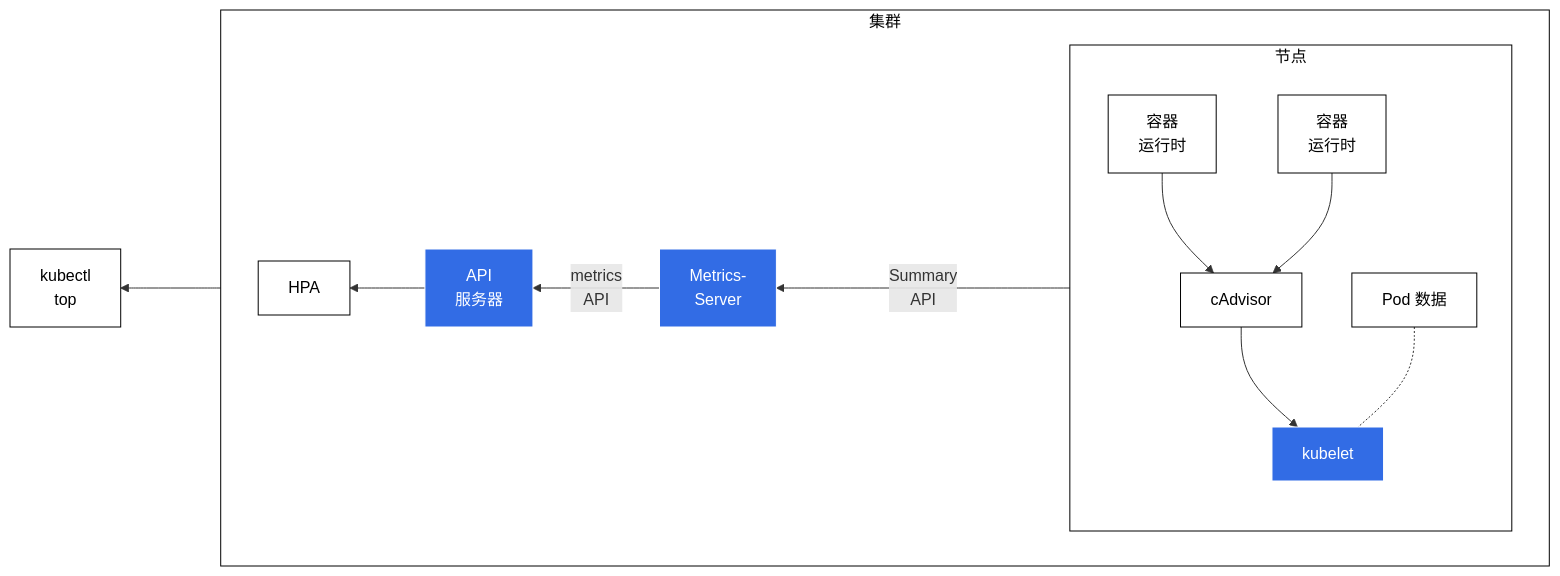
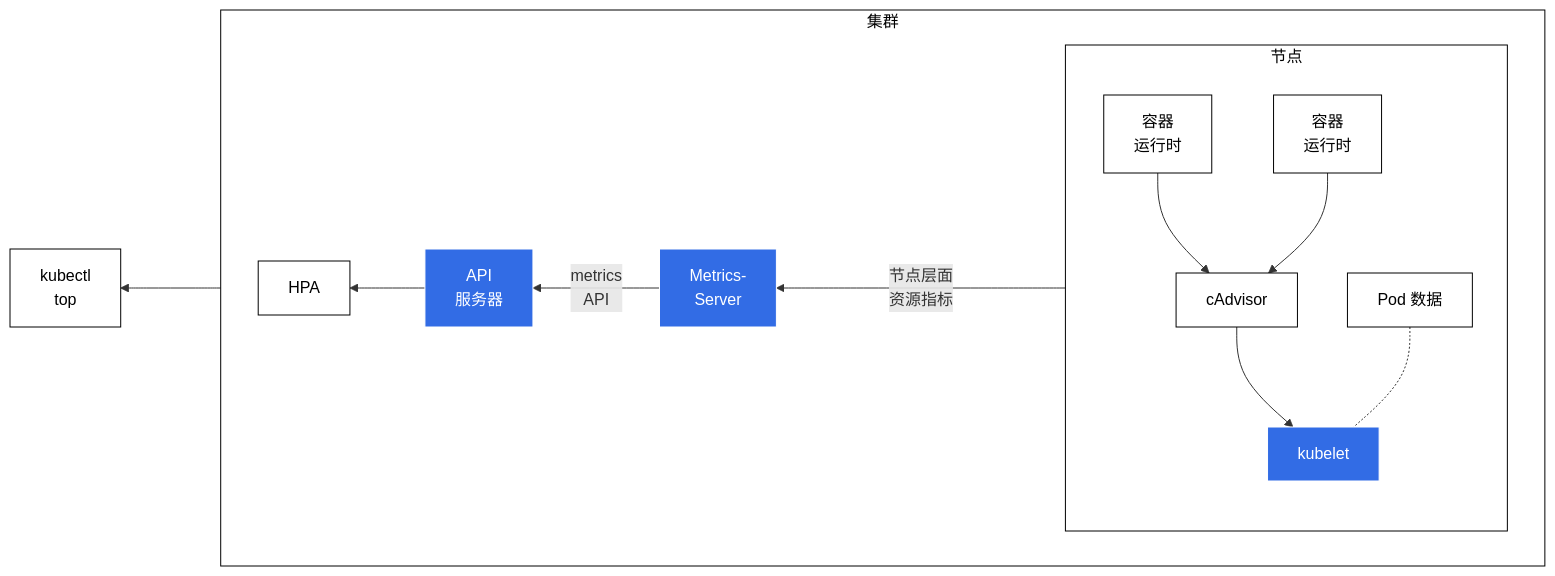
The diagram in content/zh-cn/docs/tasks/debug/debug-cluster/resource-metrics-pipeline.md (KimSJ15/kubernetes_website), drawn with Mermaid before and after one commit. The commit also changed other lines of this file, not shown here.

```diff
--- a/content/zh-cn/docs/tasks/debug/debug-cluster/resource-metrics-pipeline.md
+++ b/content/zh-cn/docs/tasks/debug/debug-cluster/resource-metrics-pipeline.md
@@ -64,25 +64,25 @@
 {{< mermaid >}}
 flowchart RL
 subgraph cluster[集群]
 direction RL
 S[ <br><br> ]
 A[Metrics-<br>Server]
 subgraph B[节点]
 direction TB
 D[cAdvisor] --> C[kubelet]
 E[容器<br>运行时] --> D
 E1[容器<br>运行时] --> D
 P[Pod 数据] -.- C
 end
 L[API<br>服务器]
 W[HPA]
-C ---->|Summary<br>API| A -->|metrics<br>API| L --> W
+C ---->|节点层面<br>资源指标| A -->|metrics<br>API| L --> W
 end
 L ---> K[kubectl<br>top]
 classDef box fill:#fff,stroke:#000,stroke-width:1px,color:#000;
 class W,B,P,K,cluster,D,E,E1 box
 classDef spacewhite fill:#ffffff,stroke:#fff,stroke-width:0px,color:#000
 class S spacewhite
 classDef k8s fill:#326ce5,stroke:#fff,stroke-width:1px,color:#fff;
 class A,L,C k8s
 {{< /mermaid >}}
```
